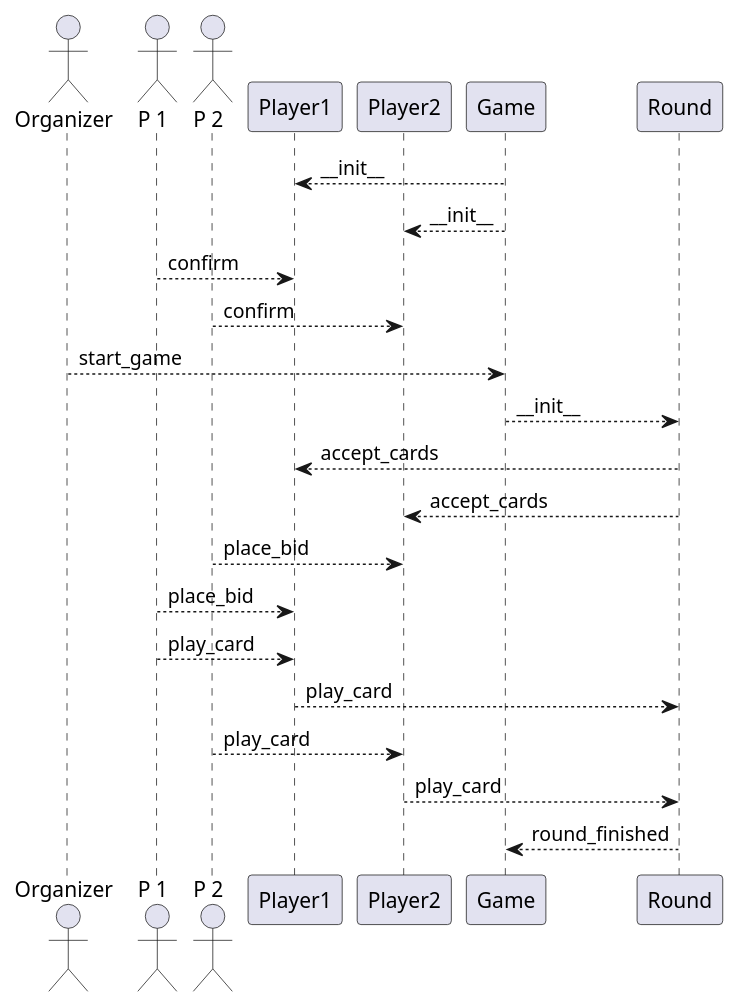
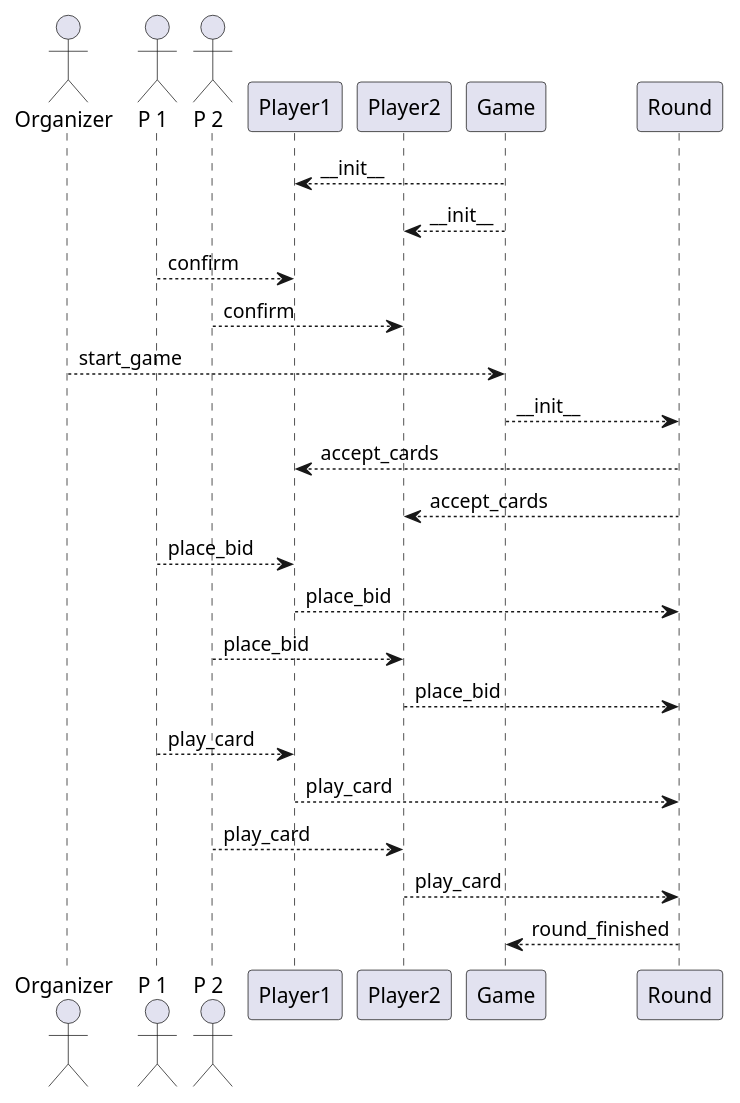
One commit to pcrama/rikiki changed the second of 2 diagrams in README.org. Above: the diagram before and after it, drawn with PlantUML. The commit also changed other lines of this file and 4 other files, not shown here.

```diff
--- a/README.org
+++ b/README.org
@@ -99,24 +99,26 @@
 #+BEGIN_SRC plantuml :file doc/models_player_round_sequence_diagram.png
   actor Organizer as O
   actor "P 1" as A1
   actor "P 2" as A2
   participant "Player1" as P1
   participant "Player2" as P2
   participant Game as G
   participant Round as R
   G --> P1 : _~_init~_~_
   G --> P2 : _~_init~_~_
   A1 --> P1 : confirm
   A2 --> P2 : confirm
   O --> G : start_game
   G --> R : _~_init~_~_
   R --> P1 : accept_cards
   R --> P2 : accept_cards
+  A1 --> P1 : place_bid
+  P1 --> R : place_bid
   A2 --> P2 : place_bid
-  A1 --> P1 : place_bid
+  P2 --> R : place_bid
   A1 --> P1 : play_card
   P1 --> R : play_card
   A2 --> P2 : play_card
   P2 --> R : play_card
   R --> G : round_finished  
 #+END_SRC
```
